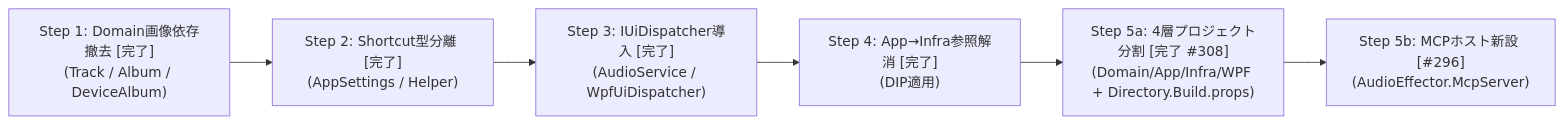
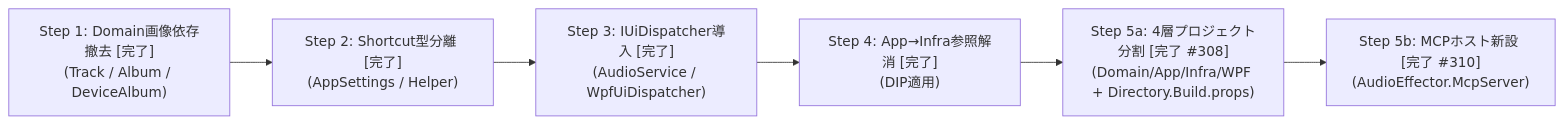
One commit to taketonnbo/Audio_Effector changed the fourth of 4 diagrams in 設計/詳細設計/アーキテクチャ/アーキテクチャ全体設計書.md. Above: the diagram before and after it, drawn with Mermaid. The commit also changed other lines of this file and 1 other file, not shown here.

````diff
--- a/設計/詳細設計/アーキテクチャ/アーキテクチャ全体設計書.md
+++ b/設計/詳細設計/アーキテクチャ/アーキテクチャ全体設計書.md
@@ -217,8 +226,8 @@
 ```mermaid
 flowchart LR
     S1["Step 1: Domain画像依存撤去 [完了]<br/>(Track / Album / DeviceAlbum)"] --> S2["Step 2: Shortcut型分離 [完了]<br/>(AppSettings / Helper)"]
     S2 --> S3["Step 3: IUiDispatcher導入 [完了]<br/>(AudioService / WpfUiDispatcher)"]
     S3 --> S4["Step 4: App→Infra参照解消 [完了]<br/>(DIP適用)"]
     S4 --> S5a["Step 5a: 4層プロジェクト分割 [完了 #308]<br/>(Domain/App/Infra/WPF + Directory.Build.props)"]
-    S5a --> S5b["Step 5b: MCPホスト新設 [#296]<br/>(AudioEffector.McpServer)"]
+    S5a --> S5b["Step 5b: MCPホスト新設 [完了 #310]<br/>(AudioEffector.McpServer)"]
 ```
````
